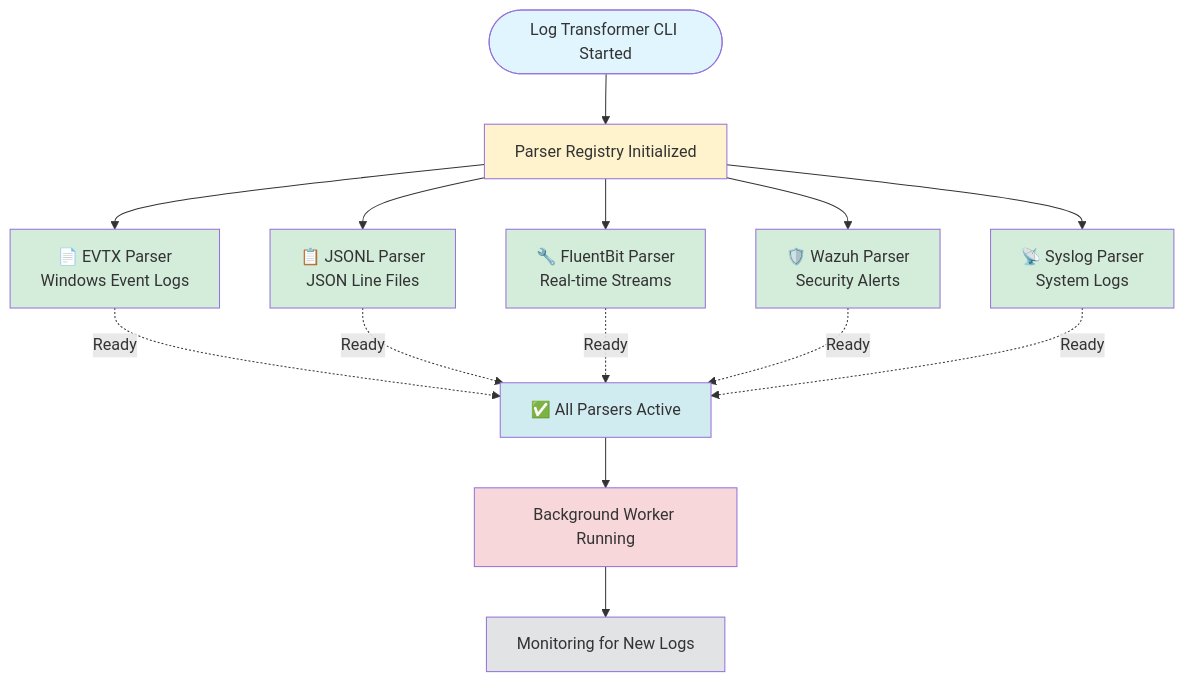
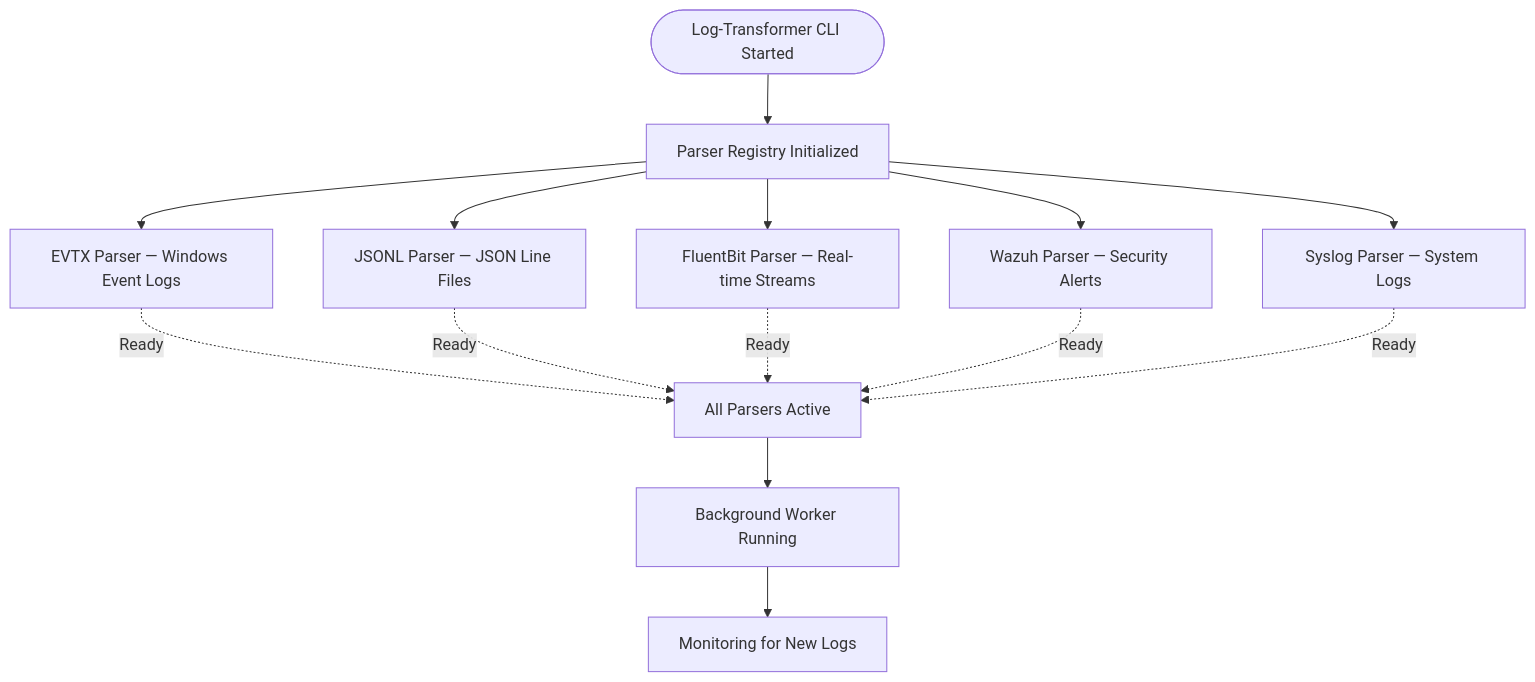
Before and after one commit to Elie-Saliba/security-projects-meta: the second of 2 diagrams in Appendices/Log-Transformer/LT-3-architecture.md, drawn with Mermaid. The commit also changed other lines of this file, not shown here.

````diff
--- a/Appendices/Log-Transformer/LT-3-architecture.md
+++ b/Appendices/Log-Transformer/LT-3-architecture.md
@@ -102,30 +105,19 @@
 ```mermaid
 graph TB
-    Start([Log Transformer CLI Started]) --> Registry[Parser Registry Initialized]
-    
-    Registry --> Parser1[📄 EVTX Parser<br/>Windows Event Logs]
-    Registry --> Parser2[📋 JSONL Parser<br/>JSON Line Files]
-    Registry --> Parser3[🔧 FluentBit Parser<br/>Real-time Streams]
-    Registry --> Parser4[🛡️ Wazuh Parser<br/>Security Alerts]
-    Registry --> Parser5[📡 Syslog Parser<br/>System Logs]
-    
-    Parser1 -.->|Ready| Status[✅ All Parsers Active]
-    Parser2 -.->|Ready| Status
-    Parser3 -.->|Ready| Status
-    Parser4 -.->|Ready| Status
-    Parser5 -.->|Ready| Status
-    
-    Status --> Worker[Background Worker Running]
-    Worker --> Monitor[Monitoring for New Logs]
-    
-    style Start fill:#e1f5ff
-    style Registry fill:#fff3cd
-    style Parser1 fill:#d4edda
-    style Parser2 fill:#d4edda
-    style Parser3 fill:#d4edda
-    style Parser4 fill:#d4edda
-    style Parser5 fill:#d4edda
-    style Status fill:#d1ecf1
-    style Worker fill:#f8d7da
-    style Monitor fill:#e2e3e5
+  Start([Log-Transformer CLI Started]) --> Registry[Parser Registry Initialized]
+
+  Registry --> ParserEVTX[EVTX Parser — Windows Event Logs]
+  Registry --> ParserJSONL[JSONL Parser — JSON Line Files]
+  Registry --> ParserFluentBit[FluentBit Parser — Real-time Streams]
+  Registry --> ParserWazuh[Wazuh Parser — Security Alerts]
+  Registry --> ParserSyslog[Syslog Parser — System Logs]
+
+  ParserEVTX -.->|Ready| Status[All Parsers Active]
+  ParserJSONL -.->|Ready| Status
+  ParserFluentBit -.->|Ready| Status
+  ParserWazuh -.->|Ready| Status
+  ParserSyslog -.->|Ready| Status
+
+  Status --> Worker[Background Worker Running]
+  Worker --> Monitor[Monitoring for New Logs]
 ```
````
